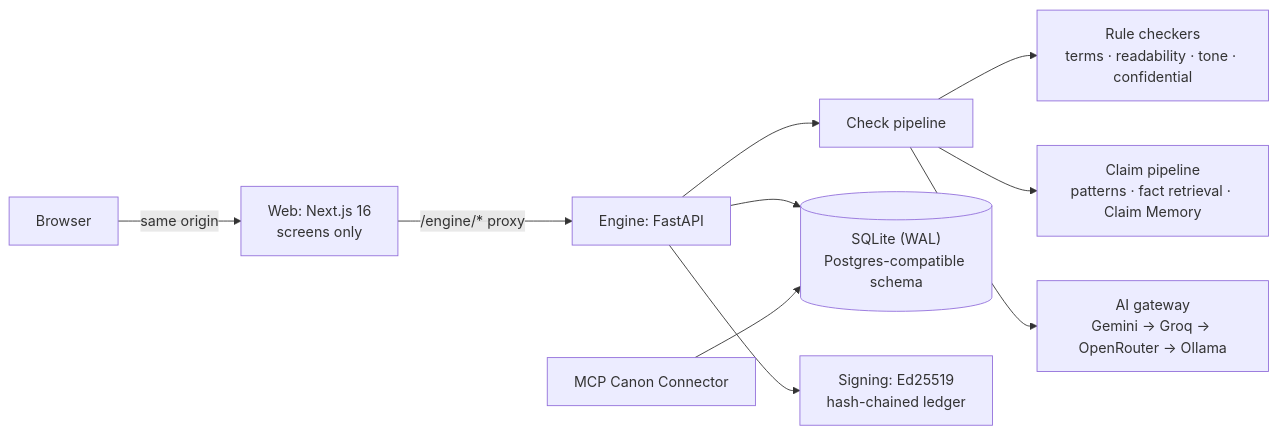
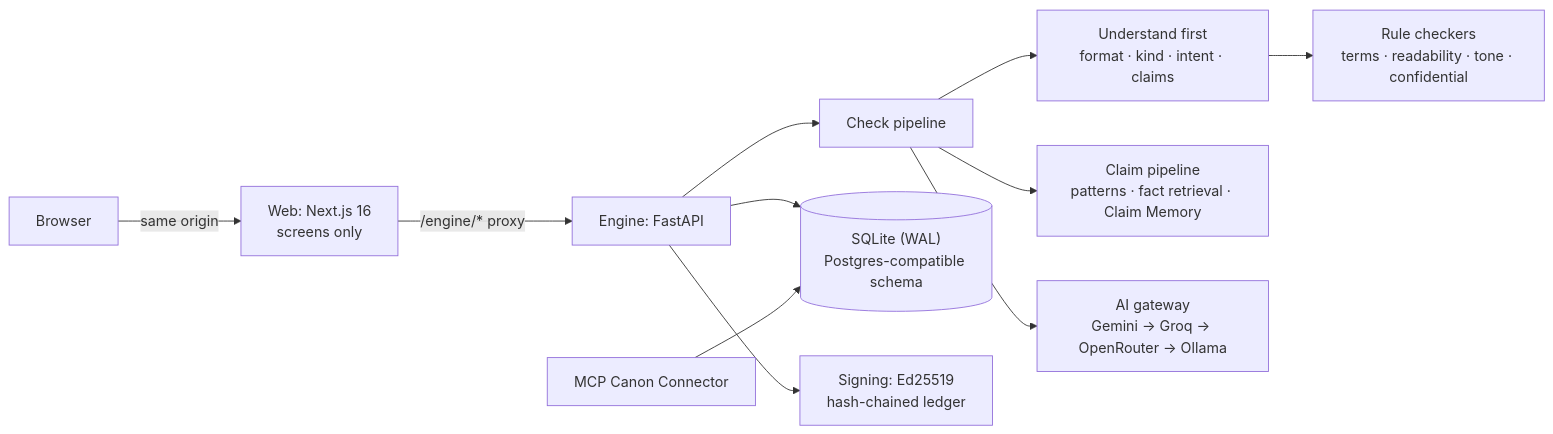
Before and after one commit to Dhruv-Puri/Canonry: the second of 2 diagrams in README.md, drawn with Mermaid. The commit also changed other lines of this file and 1 other file, not shown here.

Commit message:
Document understand-first checking (D63-D69, README architecture)

````diff
--- a/README.md
+++ b/README.md
@@ -145,12 +145,13 @@
 ```mermaid
 flowchart LR
     U["Browser"] -->|"same origin"| W["Web: Next.js 16<br/>screens only"]
     W -->|"/engine/* proxy"| E["Engine: FastAPI"]
     E --> P["Check pipeline"]
-    P --> R["Rule checkers<br/>terms · readability · tone · confidential"]
+    P --> Q["Understand first<br/>format · kind · intent · claims"]
+    Q --> R["Rule checkers<br/>terms · readability · tone · confidential"]
     P --> C["Claim pipeline<br/>patterns · fact retrieval · Claim Memory"]
     P --> G["AI gateway<br/>Gemini → Groq → OpenRouter → Ollama"]
     E --> D[("SQLite (WAL)<br/>Postgres-compatible schema")]
     E --> S["Signing: Ed25519<br/>hash-chained ledger"]
     M["MCP Canon Connector"] --> D
 ```
````
